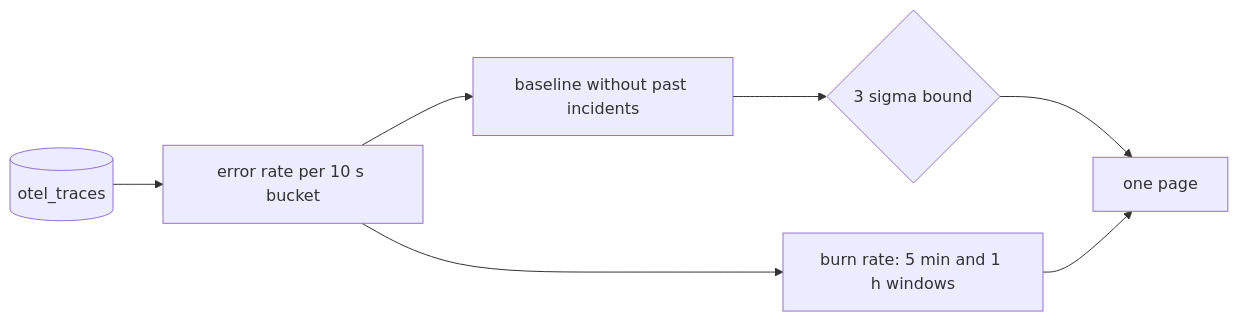
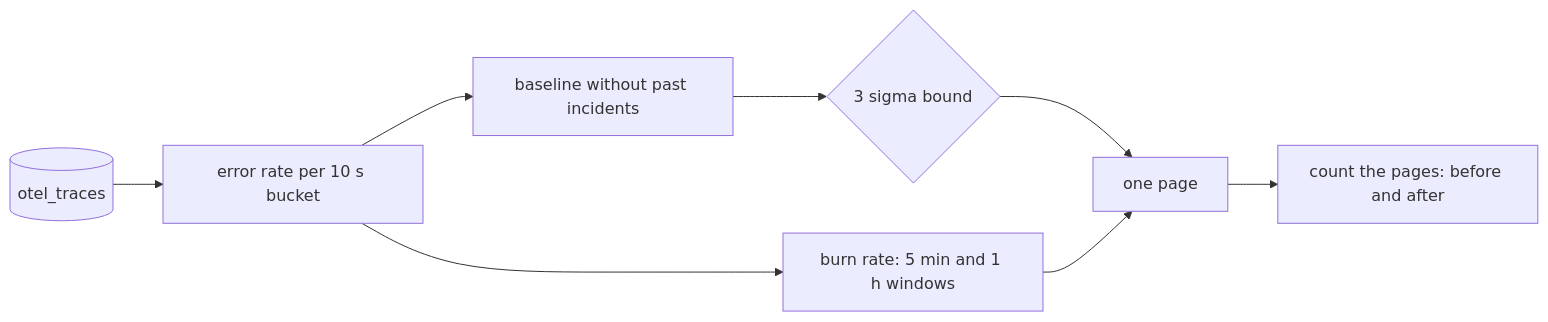
The diagram in parts/02-know-when-it-is-broken/README.md (learnwithparam/ai-sre), drawn with Mermaid before and after one commit. The commit also changed other lines of this file and 46 other files, not shown here.

````diff
--- a/parts/02-know-when-it-is-broken/README.md
+++ b/parts/02-know-when-it-is-broken/README.md
@@ -36,9 +36,10 @@
 ```mermaid
 flowchart LR
   T[(otel_traces)] --> E[error rate per 10 s bucket]
   E --> B[baseline without past incidents]
   B --> S{3 sigma bound}
   E --> W[burn rate: 5 min and 1 h windows]
   S --> P[one page]
   W --> P
+  P --> C[count the pages: before and after]
 ```
````
